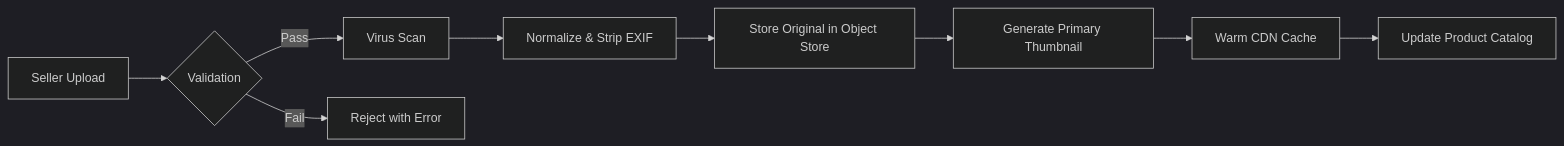
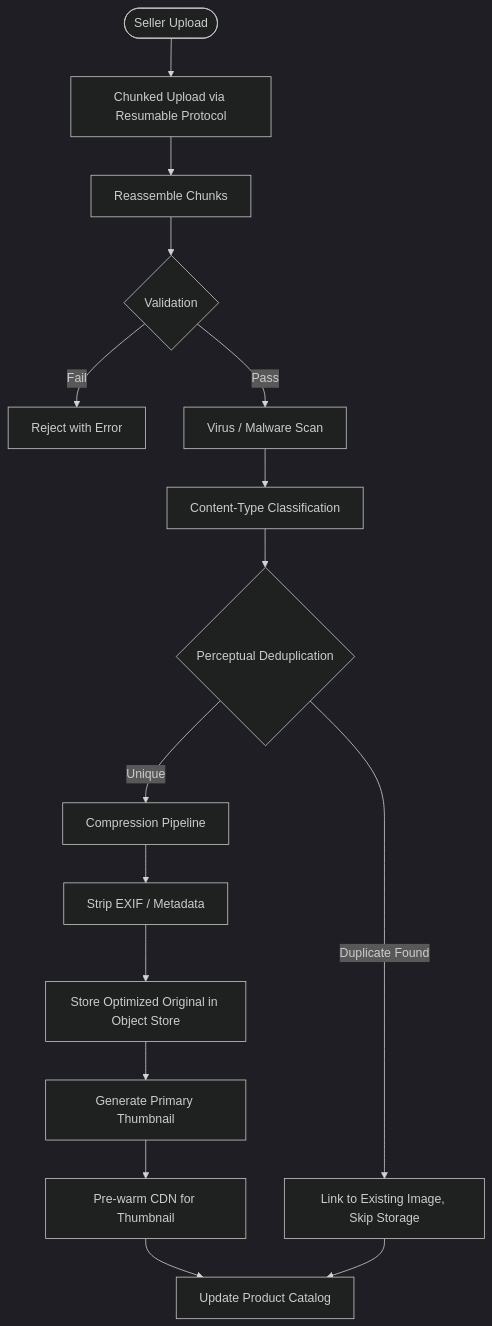
The second of 25 diagrams in interview_experiences/Playlist/technical-design-document-review/ecommerce-image-serving-system.md (bindian0509/system-design), drawn with Mermaid (dark theme) before and after one commit. The commit also changed other lines of this file, not shown here.

Commit message:
Refactor image ingestion pipeline documentation to enhance clarity and detail, including chunked uploads, content-type classification, and updated validation rules.

````diff
--- a/interview_experiences/Playlist/technical-design-document-review/ecommerce-image-serving-system.md
+++ b/interview_experiences/Playlist/technical-design-document-review/ecommerce-image-serving-system.md
@@ -98,11 +100,22 @@
 ```mermaid
-flowchart LR
-    A[Seller Upload] --> B{Validation}
-    B -->|Pass| C[Virus Scan]
-    B -->|Fail| R[Reject with Error]
-    C --> D[Normalize & Strip EXIF]
-    D --> E[Store Original in Object Store]
-    E --> F[Generate Primary Thumbnail]
-    F --> G[Warm CDN Cache]
-    G --> H[Update Product Catalog]
+flowchart TD
+    Upload([Seller Upload]) --> Chunk[Chunked Upload via Resumable Protocol]
+    Chunk --> Reassemble[Reassemble Chunks]
+    Reassemble --> Validate{Validation}
+
+    Validate -->|Fail| Reject[Reject with Error]
+    Validate -->|Pass| Scan[Virus / Malware Scan]
+
+    Scan --> Classify[Content-Type Classification]
+    Classify --> Dedupe{Perceptual Deduplication}
+
+    Dedupe -->|Duplicate Found| Link[Link to Existing Image, Skip Storage]
+    Dedupe -->|Unique| Compress[Compression Pipeline]
+
+    Compress --> StripMeta[Strip EXIF / Metadata]
+    StripMeta --> StoreOriginal[Store Optimized Original in Object Store]
+    StoreOriginal --> GenThumb[Generate Primary Thumbnail]
+    GenThumb --> Warm[Pre-warm CDN for Thumbnail]
+    Warm --> Catalog[Update Product Catalog]
+    Link --> Catalog
 ```
````
